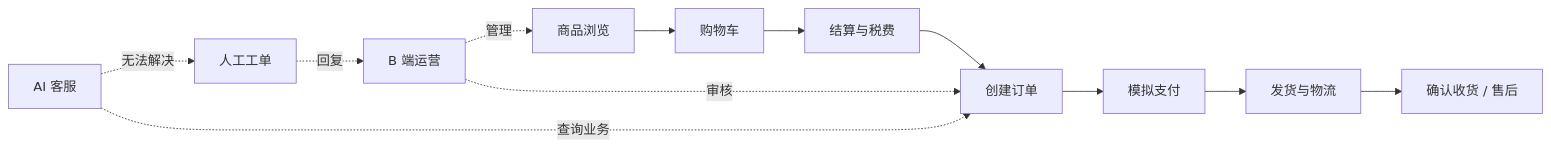
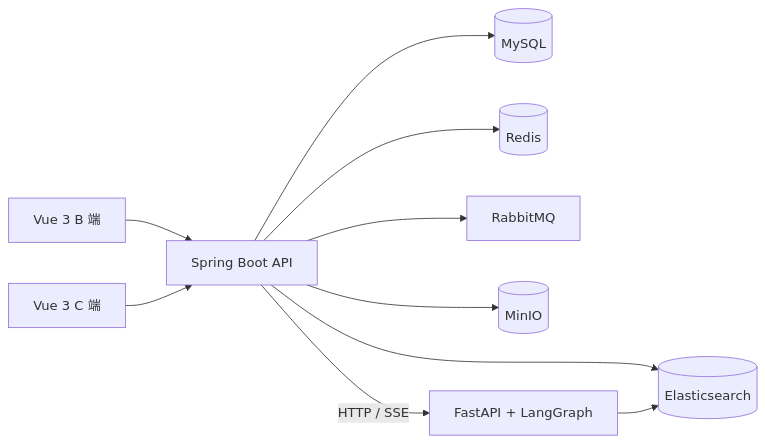
Before and after one commit to WUshenghuar/mall-system: the diagram in README.md, drawn with Mermaid. The commit also changed other lines of this file and 15 other files, not shown here.

````diff
--- a/README.md
+++ b/README.md
@@ -28,14 +18,12 @@
 ```mermaid
 flowchart LR
-    A[商品浏览] --> B[购物车]
-    B --> C[结算与税费]
-    C --> D[创建订单]
-    D --> E[模拟支付]
-    E --> F[发货与物流]
-    F --> G[确认收货 / 售后]
-    H[B 端运营] -. 管理 .-> A
-    H -. 审核 .-> D
-    I[AI 客服] -. 查询业务 .-> D
-    I -. 无法解决 .-> J[人工工单]
-    J -. 回复 .-> H
+    B[Vue 3 B 端] --> J[Spring Boot API]
+    C[Vue 3 C 端] --> J
+    J --> M[(MySQL)]
+    J --> R[(Redis)]
+    J --> Q[RabbitMQ]
+    J --> E[(Elasticsearch)]
+    J --> O[(MinIO)]
+    J -->|HTTP / SSE| A[FastAPI + LangGraph]
+    A --> E
 ```
````
